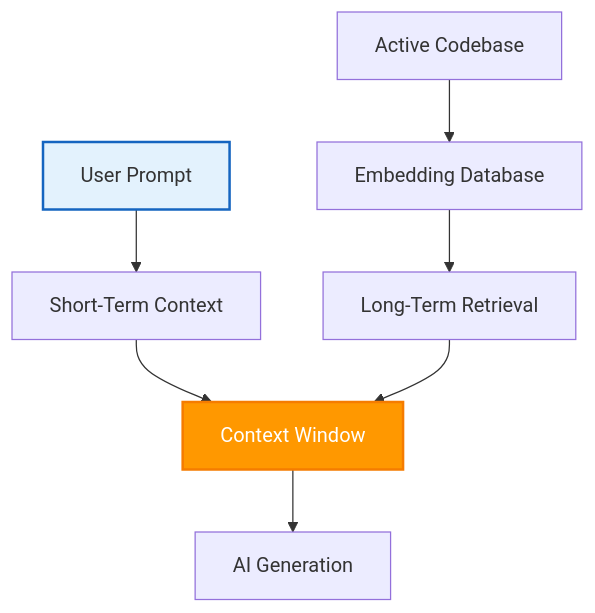
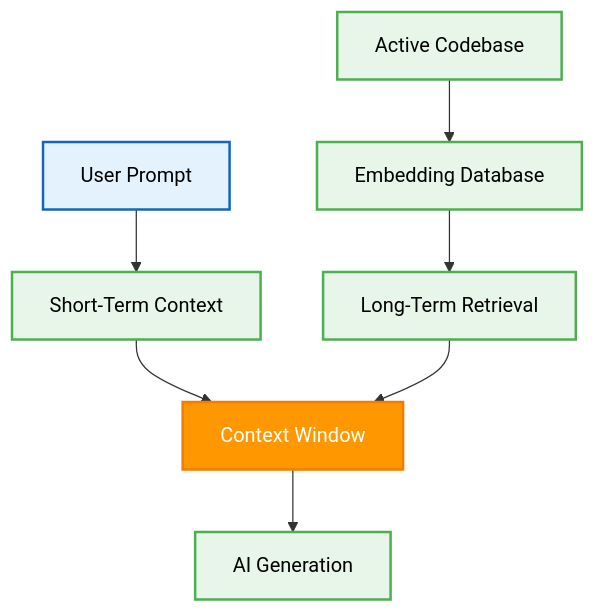
The diagram in docs/cursor-memory-structures.md (beginwebdev2002/best-practise), drawn with Mermaid before and after one commit. The commit also changed 20 other files, not shown here.

First line of the commit message:
docs: update mermaid diagrams with UI/UX design tokens styling

````diff
--- a/docs/cursor-memory-structures.md
+++ b/docs/cursor-memory-structures.md
@@ -16,12 +16,23 @@
 ```mermaid
 graph TD
     UserPrompt[User Prompt] --> ShortTerm[Short-Term Context]
     Codebase[Active Codebase] --> Embedding[Embedding Database]
     Embedding --> LongTerm[Long-Term Retrieval]
     ShortTerm --> ContextWindow[Context Window]
     LongTerm --> ContextWindow
     ContextWindow --> AIGeneration[AI Generation]
 
     style UserPrompt fill:#e3f2fd,stroke:#1565c0,stroke-width:2px
     style ContextWindow fill:#ff9800,stroke:#f57c00,stroke-width:2px,color:#fff
+    %% Added Design Token Styles for Mermaid Diagrams
+    classDef default fill:#e1f5fe,stroke:#03a9f4,stroke-width:2px,color:#000;
+    classDef component fill:#e8f5e9,stroke:#4caf50,stroke-width:2px,color:#000;
+    classDef layout fill:#f3e5f5,stroke:#9c27b0,stroke-width:2px,color:#000;
+
+    class AIGeneration component;
+    class ShortTerm component;
+    class Embedding component;
+    class LongTerm component;
+    class Codebase component;
+
 ```
````
